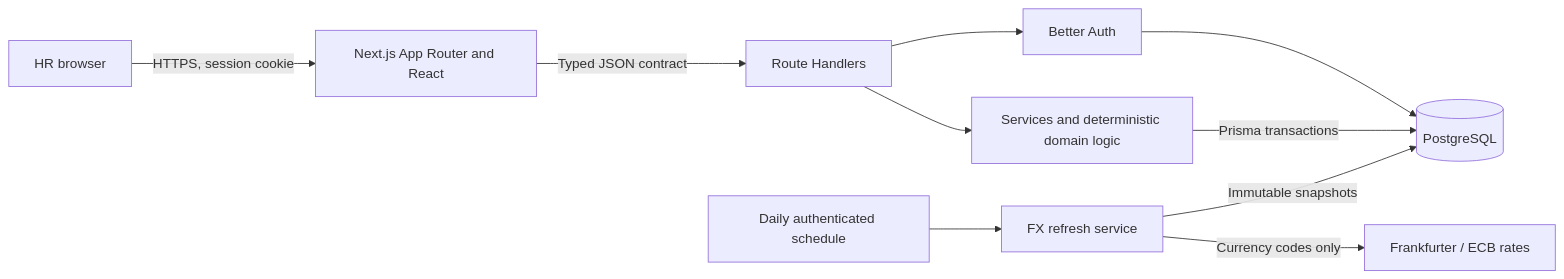
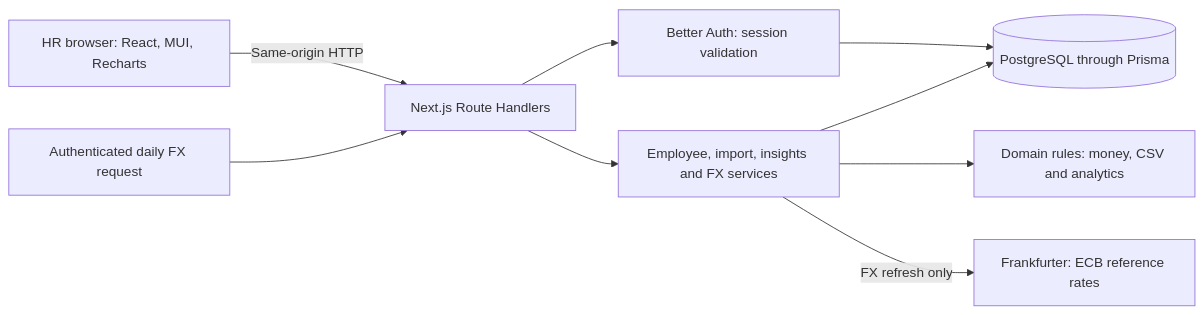
The diagram in docs/architecture.md (akshaydubey50/comcentral), drawn with Mermaid before and after one commit. The commit also changed other lines of this file and 19 other files, not shown here.

First line of the commit message:
docs: clarify architecture and remove obsolete artifacts

````diff
--- a/docs/architecture.md
+++ b/docs/architecture.md
@@ -11,12 +11,19 @@
 ```mermaid
 flowchart LR
-  HR[HR browser] -->|HTTPS, session cookie| UI[Next.js App Router and React]
-  UI -->|Typed JSON contract| API[Route Handlers]
-  API --> AUTH[Better Auth]
-  API --> DOMAIN[Services and deterministic domain logic]
-  AUTH --> DB[(PostgreSQL)]
-  DOMAIN -->|Prisma transactions| DB
-  CRON[Daily authenticated schedule] --> FX[FX refresh service]
-  FX -->|Currency codes only| PROVIDER[Frankfurter / ECB rates]
-  FX -->|Immutable snapshots| DB
+  Browser[HR browser: React, MUI, Recharts]
+  Routes[Next.js Route Handlers]
+  Auth[Better Auth: session validation]
+  Services[Employee, import, insights and FX services]
+  Rules[Domain rules: money, CSV and analytics]
+  DB[(PostgreSQL through Prisma)]
+  Cron[Authenticated daily FX request]
+  Provider[Frankfurter: ECB reference rates]
+  Browser -->|Same-origin HTTP| Routes
+  Routes --> Auth
+  Auth --> DB
+  Routes --> Services
+  Services --> Rules
+  Services --> DB
+  Cron --> Routes
+  Services -->|FX refresh only| Provider
 ```
````
